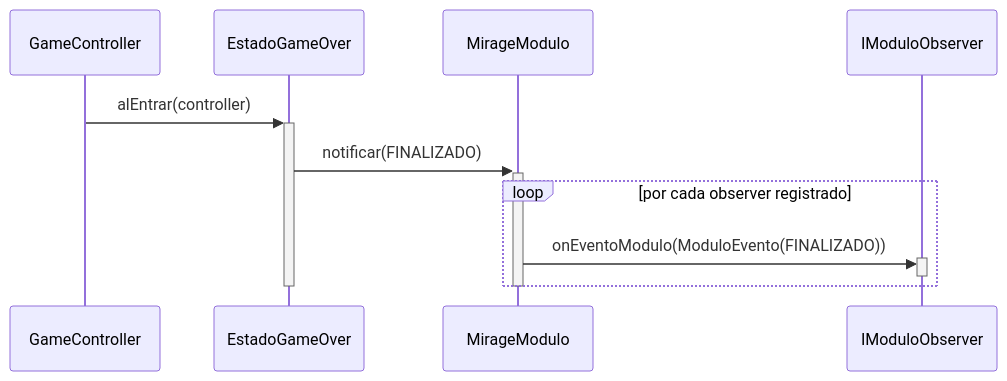
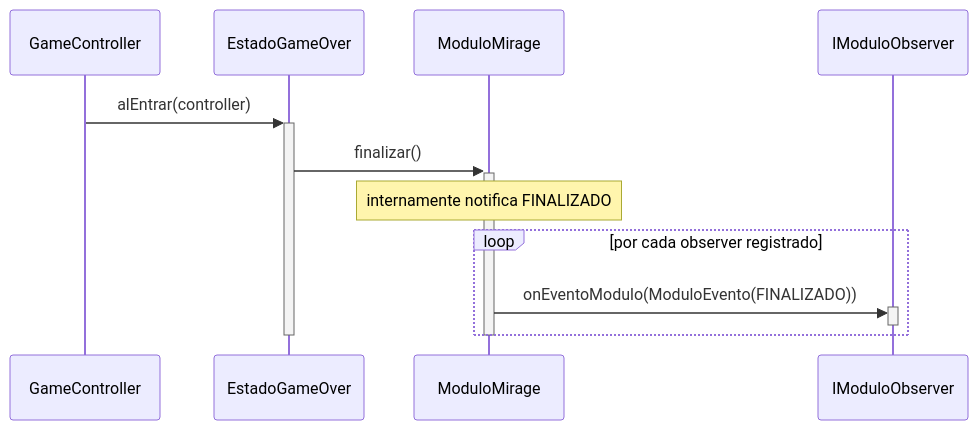
The eighth of 9 diagrams in docs/v1/analisis/casos-de-uso.md (Christian-Rojas-Rodriguez/juego-1982), drawn with Mermaid before and after one commit. The commit also changed other lines of this file and 3 other files, not shown here.

````diff
--- a/docs/v1/analisis/casos-de-uso.md
+++ b/docs/v1/analisis/casos-de-uso.md
@@ -304,16 +304,17 @@
 ```mermaid
 sequenceDiagram
     participant GameController
     participant EstadoGameOver
-    participant MirageModulo
+    participant ModuloMirage
     participant IModuloObserver
 
     GameController->>+EstadoGameOver: alEntrar(controller)
-    EstadoGameOver->>+MirageModulo: notificar(FINALIZADO)
+    EstadoGameOver->>+ModuloMirage: finalizar()
+    Note over ModuloMirage: internamente notifica FINALIZADO
     loop por cada observer registrado
-        MirageModulo->>+IModuloObserver: onEventoModulo(ModuloEvento(FINALIZADO))
+        ModuloMirage->>+IModuloObserver: onEventoModulo(ModuloEvento(FINALIZADO))
         deactivate IModuloObserver
     end
-    deactivate MirageModulo
+    deactivate ModuloMirage
     deactivate EstadoGameOver
 ```
````
